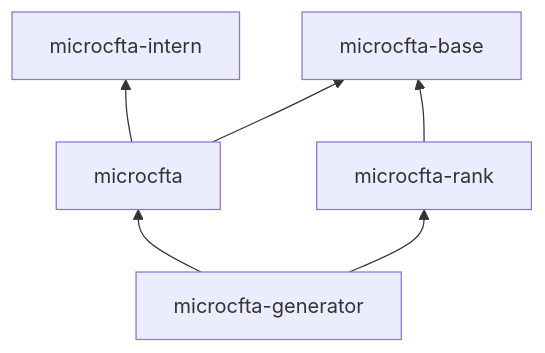
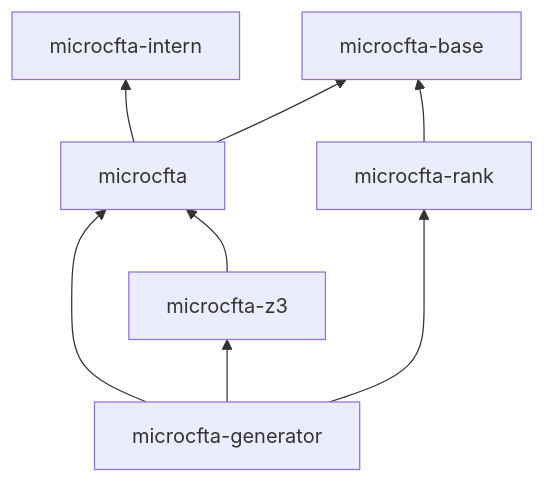
One commit to Tritlo/microecta changed the diagram in README.md. Above: the diagram before and after it, drawn with Mermaid. The commit also changed other lines of this file and 24 other files, not shown here.

````diff
--- a/README.md
+++ b/README.md
@@ -13,8 +14,10 @@
 ```mermaid
 flowchart BT
   g["microcfta-generator"] --> c["microcfta"]
   g --> r["microcfta-rank"]
+  g --> z["microcfta-z3"]
+  z --> c
   c --> i["microcfta-intern"]
   c --> b["microcfta-base"]
   r --> b
 ```
````
